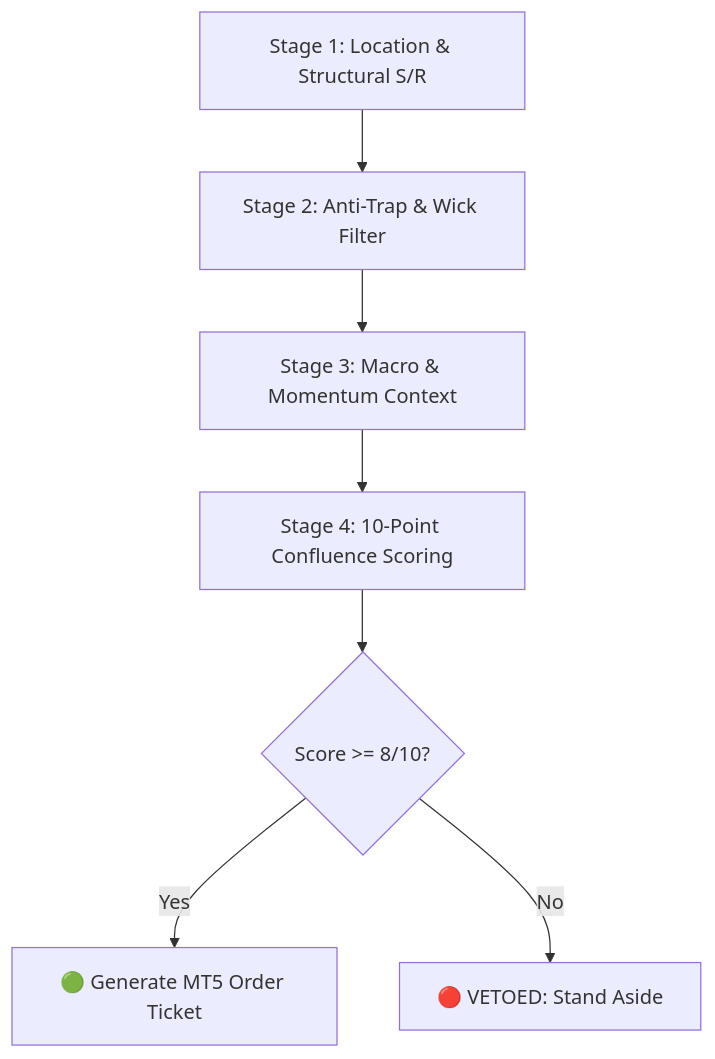
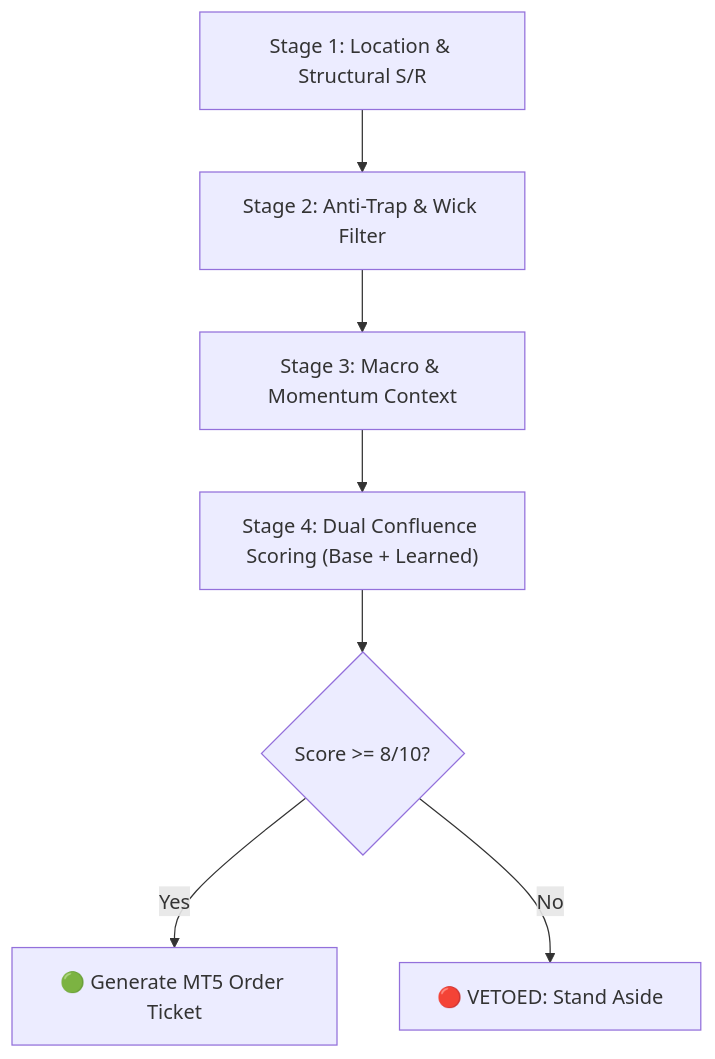
Before and after one commit to Rizwanami2/tradingbot3: the second of 2 diagrams in README.md, drawn with Mermaid. The commit also changed other lines of this file and 4 other files, not shown here.

````diff
--- a/README.md
+++ b/README.md
@@ -22,9 +52,9 @@
 ```mermaid
 flowchart TD
     A["Stage 1: Location & Structural S/R"] --> B["Stage 2: Anti-Trap & Wick Filter"]
     B --> C["Stage 3: Macro & Momentum Context"]
-    C --> D["Stage 4: 10-Point Confluence Scoring"]
+    C --> D["Stage 4: Dual Confluence Scoring (Base + Learned)"]
     D --> E{Score >= 8/10?}
     E -- Yes --> F["🟢 Generate MT5 Order Ticket"]
     E -- No --> G["🔴 VETOED: Stand Aside"]
 ```
````
